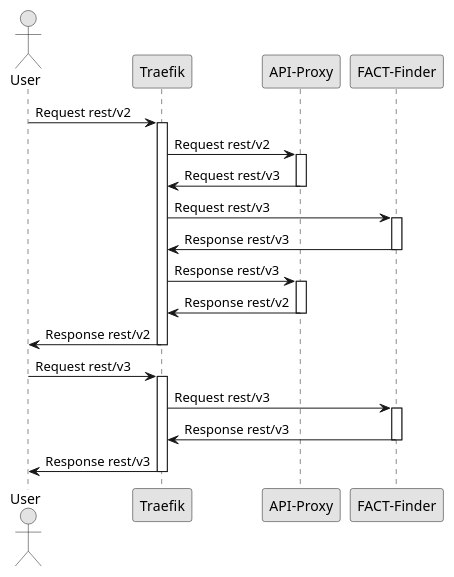
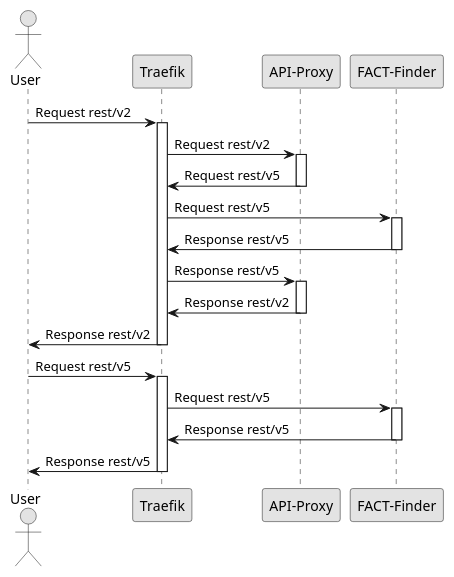
The diagram in images/api-proxy.plantuml (FACT-Finder/ff-cluster-compose), drawn with PlantUML before and after one commit. The commit also changed 3 other files, not shown here.

```diff
--- a/images/api-proxy.plantuml
+++ b/images/api-proxy.plantuml
@@ -1,46 +1,46 @@
 @startuml
 
 skinparam monochrome true
 
 actor User
 participant "Traefik" as T
 participant "API-Proxy" as P
 participant "FACT-Finder" as F
 
 User -> T:  Request rest/v2
 activate T
 
 T -> P: Request rest/v2
 activate P
 
-P -> T: Request rest/v3
+P -> T: Request rest/v5
 deactivate P
 
-T -> F: Request rest/v3
+T -> F: Request rest/v5
 activate F
 
-F -> T: Response rest/v3
+F -> T: Response rest/v5
 deactivate F
 
-T -> P: Response rest/v3
+T -> P: Response rest/v5
 activate P
 
 P -> T: Response rest/v2
 deactivate P
 
 T -> User: Response rest/v2
 deactivate T
 
 
-User -> T: Request rest/v3
+User -> T: Request rest/v5
 activate T
 
-T -> F: Request rest/v3
+T -> F: Request rest/v5
 activate F
 
-F -> T: Response rest/v3
+F -> T: Response rest/v5
 deactivate F
 
-T -> User: Response rest/v3
+T -> User: Response rest/v5
 deactivate T
 @enduml
```
